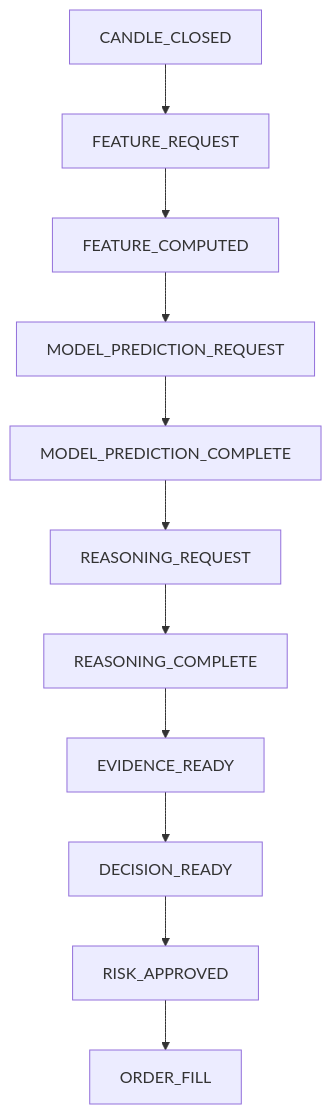
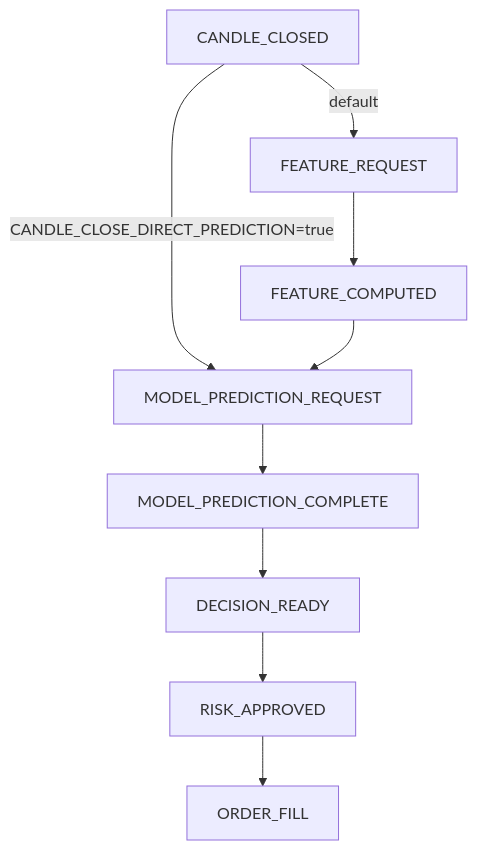
The diagram in docs/canonical_events.md (energyforreal/JackSparrow), drawn with Mermaid before and after one commit. The commit also changed other lines of this file and 36 other files, not shown here.

````diff
--- a/docs/canonical_events.md
+++ b/docs/canonical_events.md
@@ -7,25 +7,20 @@
 ```mermaid
 flowchart TD
     candle[CANDLE_CLOSED]
     featReq[FEATURE_REQUEST]
     featOk[FEATURE_COMPUTED]
     predReq[MODEL_PREDICTION_REQUEST]
     predOk[MODEL_PREDICTION_COMPLETE]
-    reasonReq[REASONING_REQUEST]
-    reasonOk[REASONING_COMPLETE]
-    evidence[EVIDENCE_READY]
     decision[DECISION_READY]
     risk[RISK_APPROVED]
     fill[ORDER_FILL]
 
-    candle --> featReq
+    candle -->|default| featReq
+    candle -->|CANDLE_CLOSE_DIRECT_PREDICTION=true| predReq
     featReq --> featOk
     featOk --> predReq
     predReq --> predOk
-    predOk --> reasonReq
-    reasonReq --> reasonOk
-    reasonOk --> evidence
-    evidence --> decision
+    predOk --> decision
     decision --> risk
     risk --> fill
 ```
````
